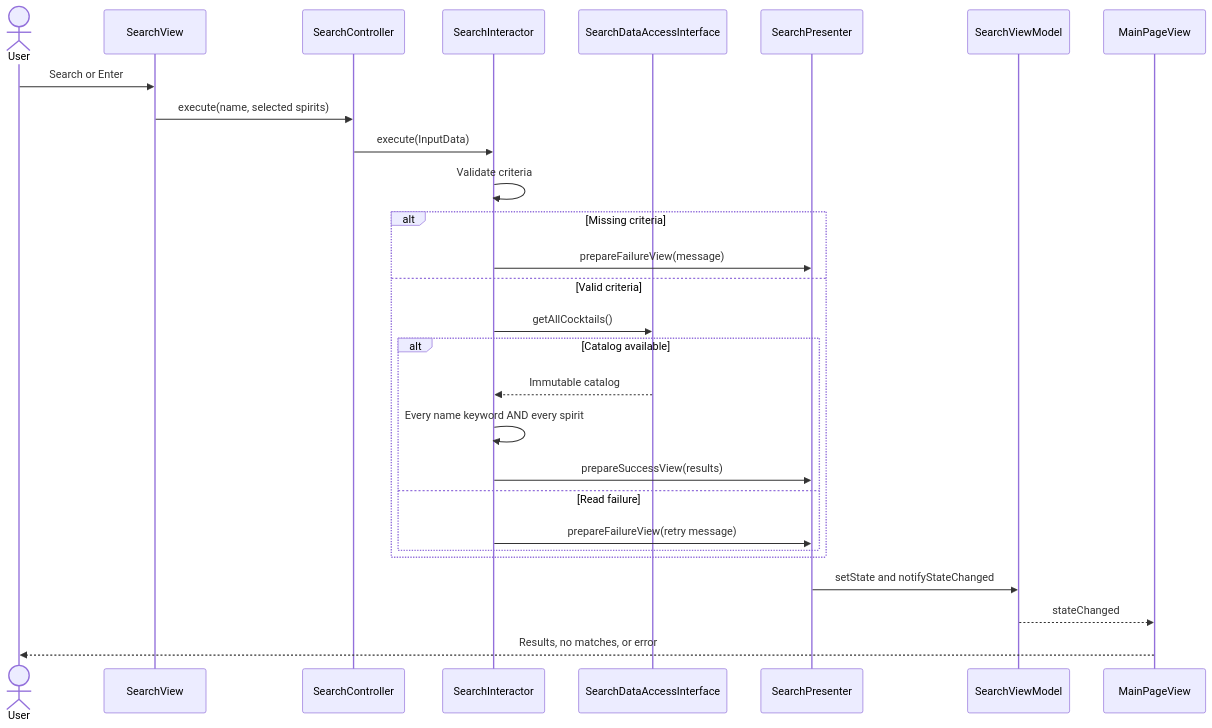
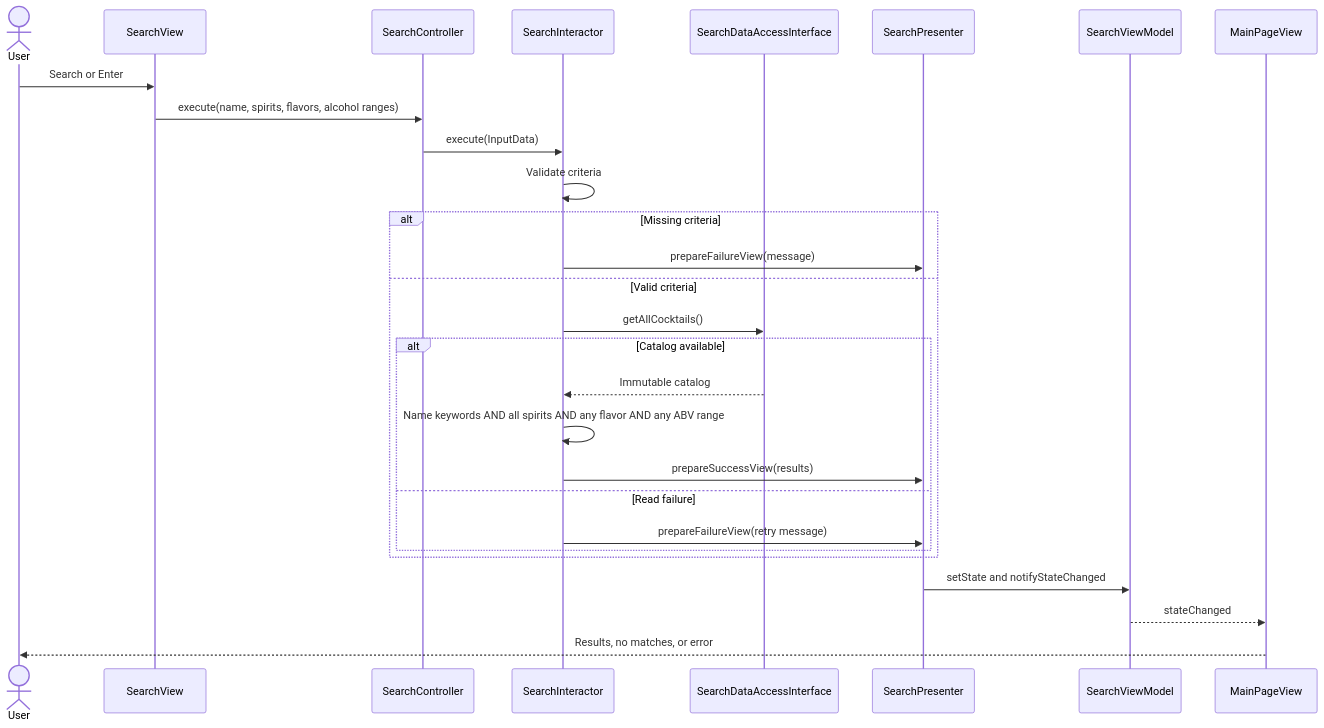
Before and after one commit to CSC207-2025F-UofT/team-project: the second of 2 diagrams in docs/ARCHITECTURE.md, drawn with Mermaid. The commit also changed other lines of this file and 1 other file, not shown here.

Commit message:
Document flavor and alcohol-content search behavior

````diff
--- a/docs/ARCHITECTURE.md
+++ b/docs/ARCHITECTURE.md
@@ -78,30 +78,30 @@
 ```mermaid
 sequenceDiagram
     actor User
     participant View as SearchView
     participant Controller as SearchController
     participant Interactor as SearchInteractor
     participant DAO as SearchDataAccessInterface
     participant Presenter as SearchPresenter
     participant Model as SearchViewModel
     participant Home as MainPageView
     User->>View: Search or Enter
-    View->>Controller: execute(name, selected spirits)
+    View->>Controller: execute(name, spirits, flavors, alcohol ranges)
     Controller->>Interactor: execute(InputData)
     Interactor->>Interactor: Validate criteria
     alt Missing criteria
         Interactor->>Presenter: prepareFailureView(message)
     else Valid criteria
         Interactor->>DAO: getAllCocktails()
         alt Catalog available
             DAO-->>Interactor: Immutable catalog
-            Interactor->>Interactor: Every name keyword AND every spirit
+            Interactor->>Interactor: Name keywords AND all spirits AND any flavor AND any ABV range
             Interactor->>Presenter: prepareSuccessView(results)
         else Read failure
             Interactor->>Presenter: prepareFailureView(retry message)
         end
     end
     Presenter->>Model: setState and notifyStateChanged
     Model-->>Home: stateChanged
     Home-->>User: Results, no matches, or error
 ```
````
